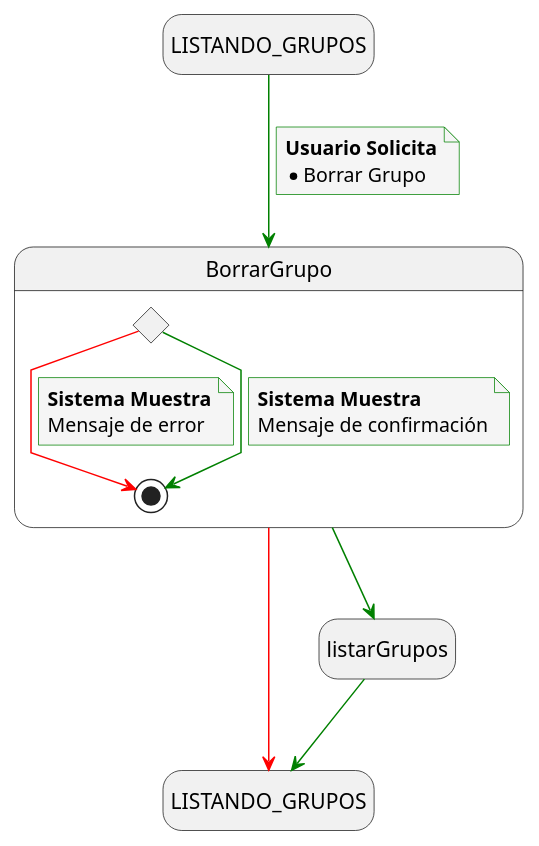
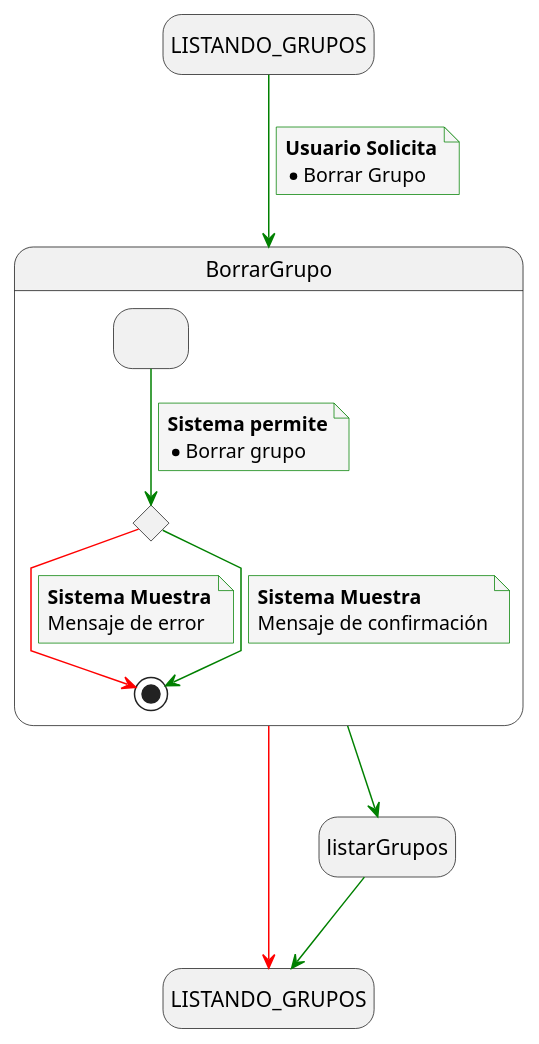
One commit to mmasias/24-25-IdSw1-SDR changed the diagram in docs/casosDeUso/detalladoCasosDeUso/detalladoGrupos/detalladoBorrarGrupos.puml. Above: the diagram before and after it, drawn with PlantUML. The commit also changed 3 other files, not shown here.

Commit message:
Ajuste en envio mensaje y borrar grupo

```diff
--- a/docs/casosDeUso/detalladoCasosDeUso/detalladoGrupos/detalladoBorrarGrupos.puml
+++ b/docs/casosDeUso/detalladoCasosDeUso/detalladoGrupos/detalladoBorrarGrupos.puml
@@ -1,42 +1,49 @@
 @startuml borrar_grupo
 
 skinparam {
     NoteBackgroundColor #whiteSmoke
     ArrowColor #green
     NoteBorderColor #green
     linetype polyline
 }
 
 hide empty description
 
 state startState as "LISTANDO_GRUPOS"
 state endState as "LISTANDO_GRUPOS"
 state listarGrupos as "listarGrupos"
 
 startState --> BorrarGrupo
 note on link
     <b>Usuario Solicita</b>
     * Borrar Grupo
 end note
 
 BorrarGrupo -[#red]-> endState
 BorrarGrupo --> listarGrupos
 listarGrupos --> endState
 
 state BorrarGrupo {
+    state solicitudFiltros as " "
     state revisionFiltrosEnviados <<choice>>
+
+    solicitudFiltros --> revisionFiltrosEnviados
+    note on link
+        <b>Sistema permite</b>
+        * Borrar grupo
+    end note
 
     revisionFiltrosEnviados -[#red]-> [*]
     note on link
         <b>Sistema Muestra</b>
         Mensaje de error
     end note
 
     revisionFiltrosEnviados --> [*]
     note on link
         <b>Sistema Muestra</b>
         Mensaje de confirmación
     end note
 }
 
 @enduml
```
